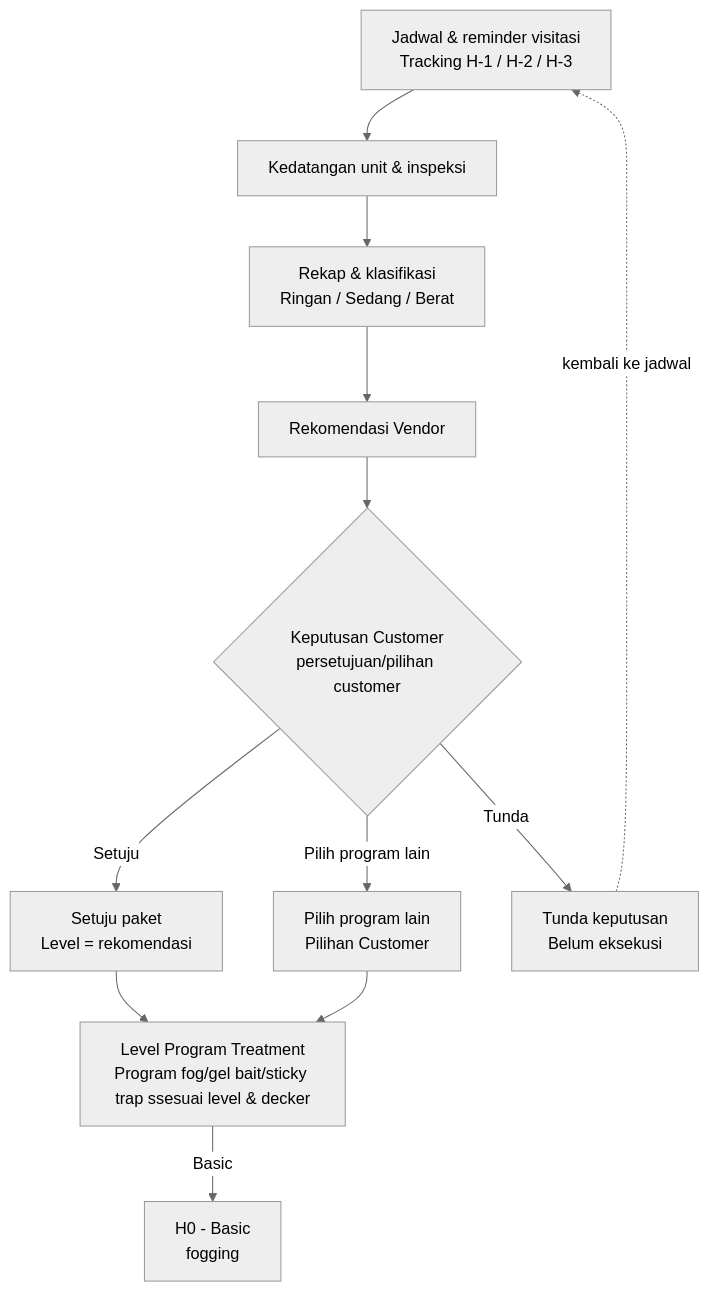
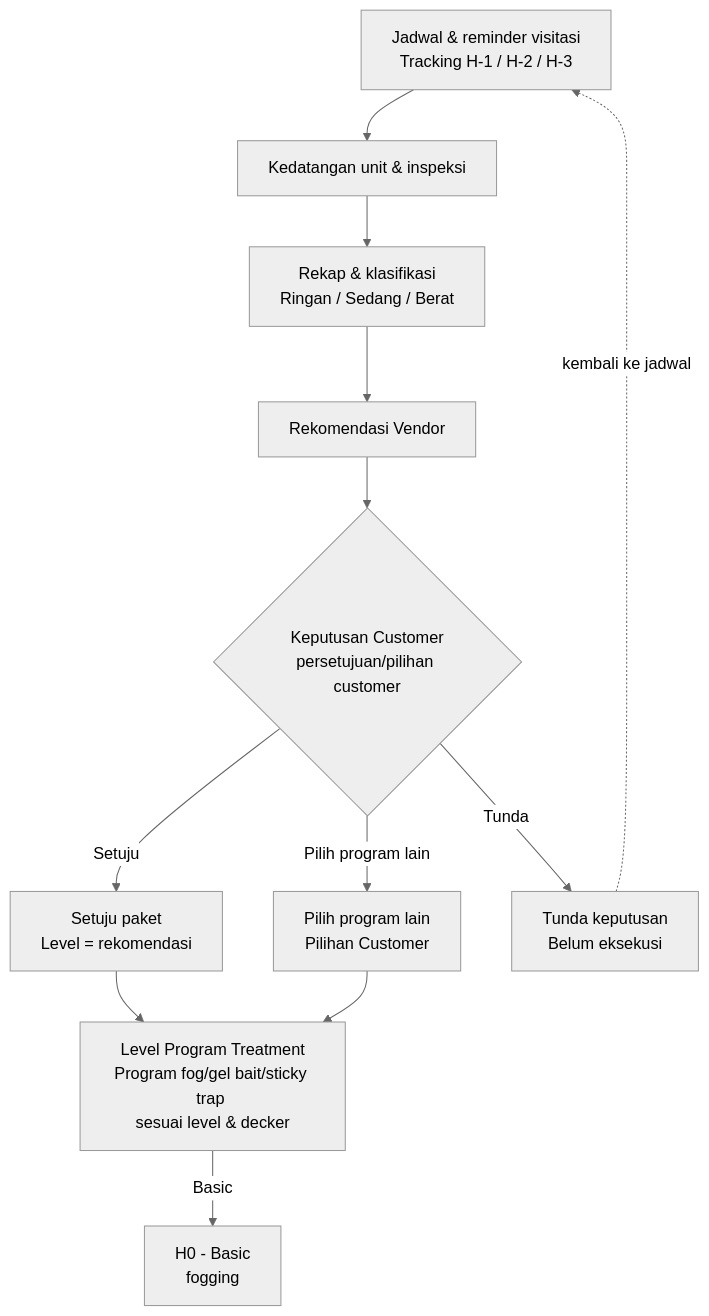
Before and after one commit to Vanialive/WorkflowBugHunter: the first of 2 diagrams in README.md, drawn with Mermaid (neutral theme).

````diff
--- a/README.md
+++ b/README.md
@@ -8,15 +8,15 @@
 ```mermaid
 flowchart TD
     A["Jadwal & reminder visitasi<br/>Tracking H-1 / H-2 / H-3"] --> B["Kedatangan unit & inspeksi"]
     B --> C["Rekap & klasifikasi<br/>Ringan / Sedang / Berat"]
     C --> D["Rekomendasi Vendor"]
     D --> E{"Keputusan Customer<br>persetujuan/pilihan customer"}
     E -->|Setuju| F["Setuju paket<br/>Level = rekomendasi"]
     E -->|Pilih program lain| G["Pilih program lain<br/>Pilihan Customer"]
     E -->|Tunda| H["Tunda keputusan<br/>Belum eksekusi"]
     H -.kembali ke jadwal.-> A
-    F --> I["Level Program Treatment<br/>Program fog/gel bait/sticky trap ssesuai level & decker"]
+    F --> I["Level Program Treatment<br/>Program fog/gel bait/sticky trap <br>sesuai level & decker"]
     G --> I
     I --> |Basic| J1["H0 - Basic<br/> fogging"]
 
 ```
````
